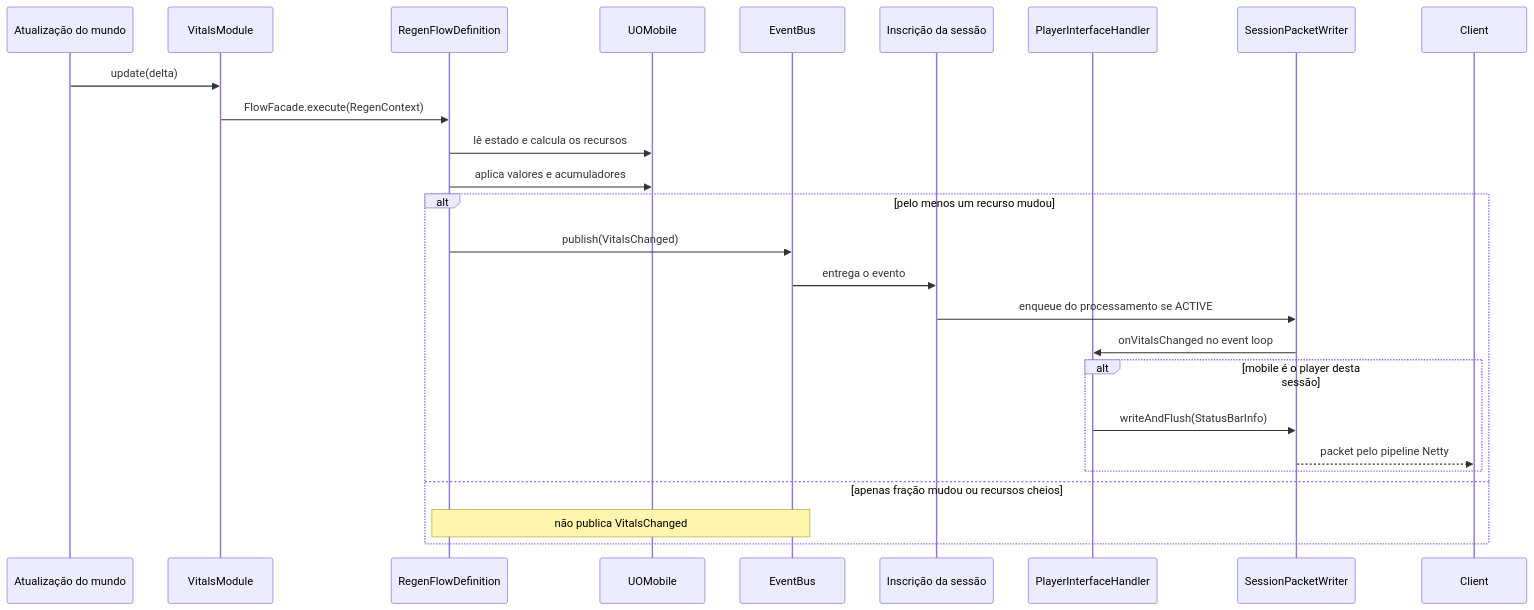
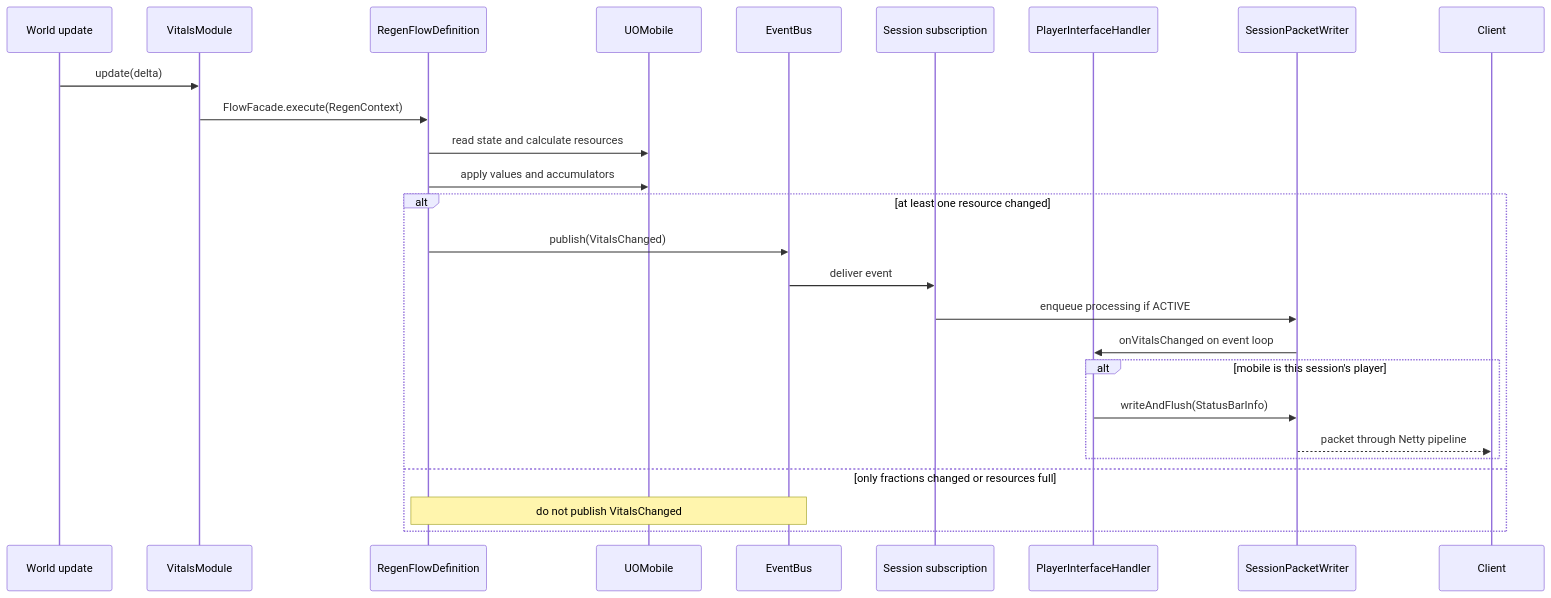
The third of 3 diagrams in docs/vitals.md (mayconr/juoforge-server), drawn with Mermaid before and after one commit. The commit also changed other lines of this file and 97 other files, not shown here.

````diff
--- a/docs/vitals.md
+++ b/docs/vitals.md
@@ -223,28 +223,28 @@
 ```mermaid
 sequenceDiagram
-    participant World as Atualização do mundo
+    participant World as World update
     participant Module as VitalsModule
     participant Flow as RegenFlowDefinition
     participant Mobile as UOMobile
     participant Bus as EventBus
-    participant Session as Inscrição da sessão
+    participant Session as Session subscription
     participant UI as PlayerInterfaceHandler
     participant Writer as SessionPacketWriter
     participant Client
     World->>Module: update(delta)
     Module->>Flow: FlowFacade.execute(RegenContext)
-    Flow->>Mobile: lê estado e calcula os recursos
-    Flow->>Mobile: aplica valores e acumuladores
-    alt pelo menos um recurso mudou
+    Flow->>Mobile: read state and calculate resources
+    Flow->>Mobile: apply values and accumulators
+    alt at least one resource changed
         Flow->>Bus: publish(VitalsChanged)
-        Bus->>Session: entrega o evento
-        Session->>Writer: enqueue do processamento se ACTIVE
-        Writer->>UI: onVitalsChanged no event loop
-        alt mobile é o player desta sessão
+        Bus->>Session: deliver event
+        Session->>Writer: enqueue processing if ACTIVE
+        Writer->>UI: onVitalsChanged on event loop
+        alt mobile is this session's player
             UI->>Writer: writeAndFlush(StatusBarInfo)
-            Writer-->>Client: packet pelo pipeline Netty
+            Writer-->>Client: packet through Netty pipeline
         end
-    else apenas fração mudou ou recursos cheios
-        Note over Flow,Bus: não publica VitalsChanged
+    else only fractions changed or resources full
+        Note over Flow,Bus: do not publish VitalsChanged
     end
 ```
````
